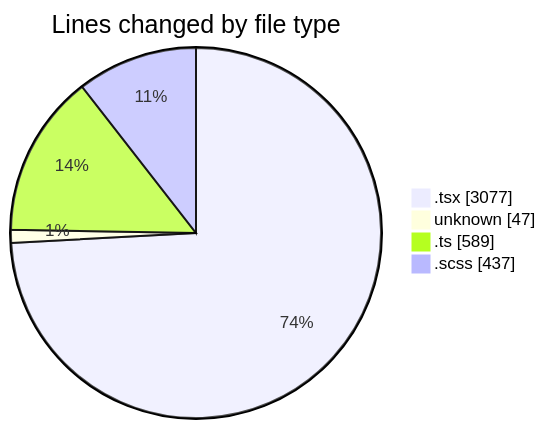
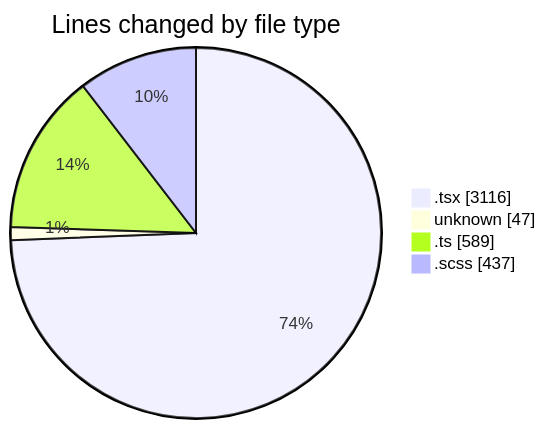
One commit to momahboobian/code-tracking changed the first of 2 diagrams in 2025-09-18/cda/README.md. Above: the diagram before and after it, drawn with Mermaid. The commit also changed other lines of this file and 1 other file, not shown here.

````diff
--- a/2025-09-18/cda/README.md
+++ b/2025-09-18/cda/README.md
@@ -28,8 +28,8 @@
 ```mermaid
 pie showData
 title Lines changed by file type
-".tsx" : 3077
+".tsx" : 3116
 "unknown" : 47
 ".ts" : 589
 ".scss" : 437
 ```
````
